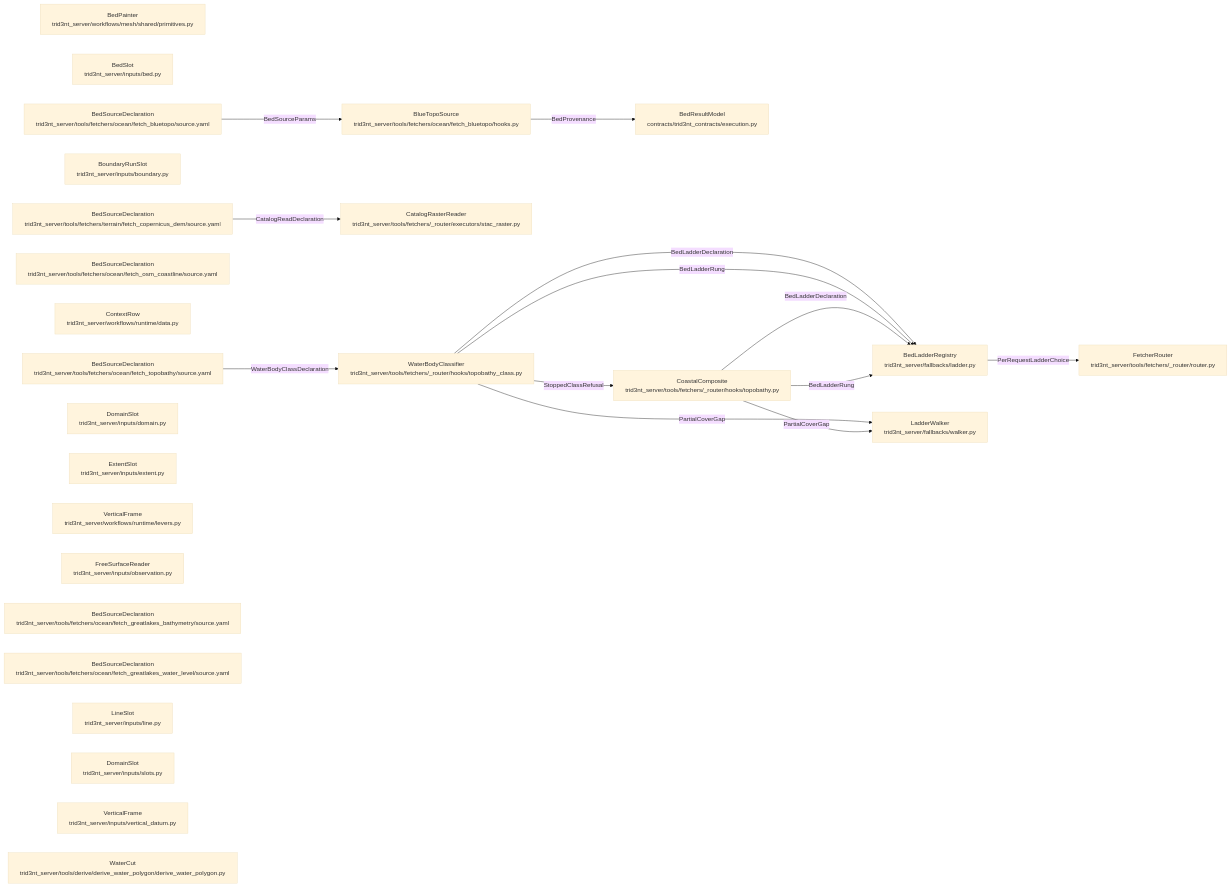
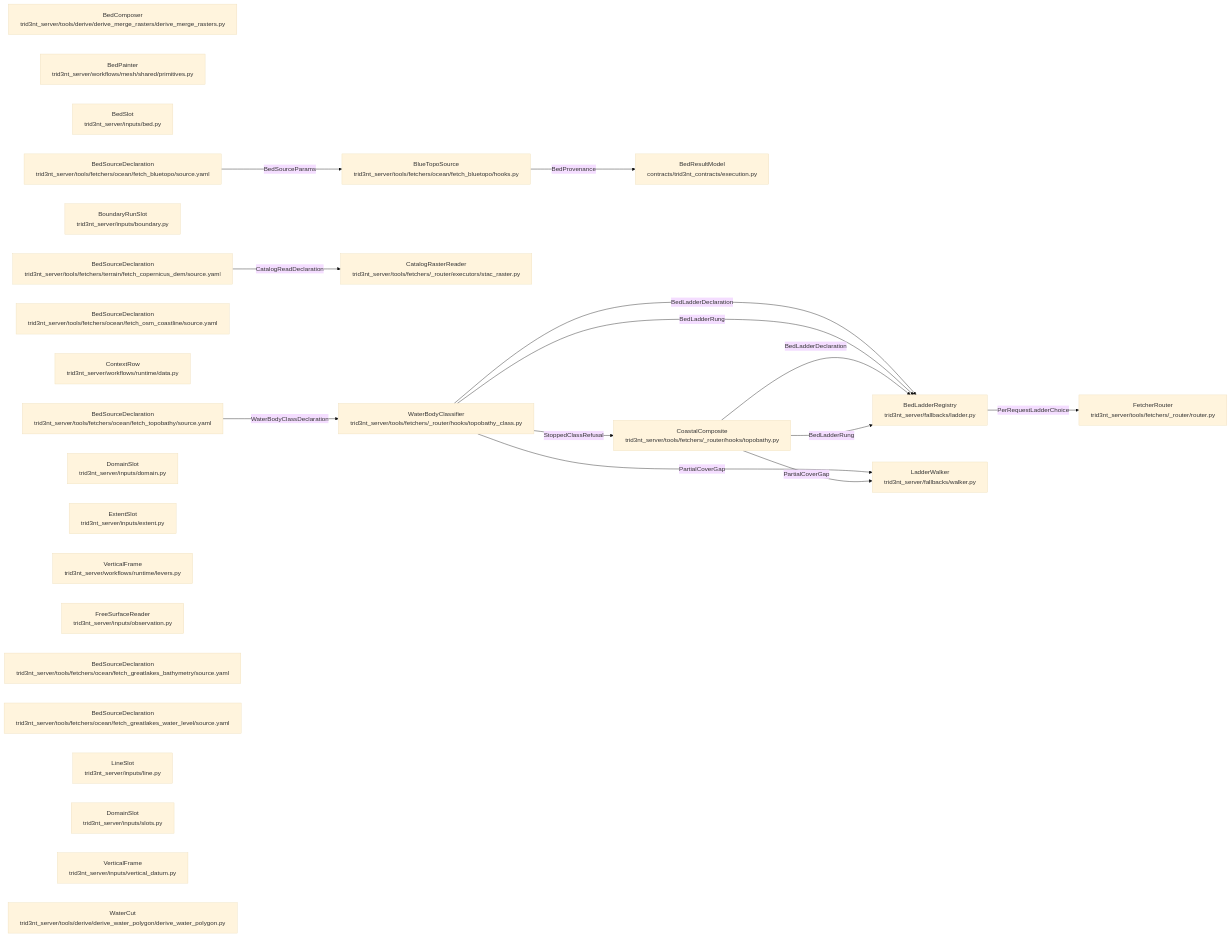
Before and after one commit to double-r-squared/trid3nt-qgis-plugin: the diagram in docs/model/data-seam-view.md, drawn with Mermaid (base theme). The commit also changed other lines of this file and 37 other files, not shown here.

````diff
--- a/docs/model/data-seam-view.md
+++ b/docs/model/data-seam-view.md
@@ -9,41 +9,42 @@
 ```mermaid
 flowchart LR
+    bedComposer["BedComposer<br/>trid3nt_server/tools/derive/derive_merge_rasters/derive_merge_rasters.py"]
     bedLadderRegistry["BedLadderRegistry<br/>trid3nt_server/fallbacks/ladder.py"]
     bedPainter["BedPainter<br/>trid3nt_server/workflows/mesh/shared/primitives.py"]
     bedResultModel["BedResultModel<br/>contracts/trid3nt_contracts/execution.py"]
     bedSlot["BedSlot<br/>trid3nt_server/inputs/bed.py"]
     blueTopoDeclaration["BedSourceDeclaration<br/>trid3nt_server/tools/fetchers/ocean/fetch_bluetopo/source.yaml"]
     blueTopoSource["BlueTopoSource<br/>trid3nt_server/tools/fetchers/ocean/fetch_bluetopo/hooks.py"]
     boundaryRunSlot["BoundaryRunSlot<br/>trid3nt_server/inputs/boundary.py"]
     coastalComposite["CoastalComposite<br/>trid3nt_server/tools/fetchers/_router/hooks/topobathy.py"]
     coastalDeclaration["BedSourceDeclaration<br/>trid3nt_server/tools/fetchers/ocean/fetch_topobathy/source.yaml"]
     coastlineDeclaration["BedSourceDeclaration<br/>trid3nt_server/tools/fetchers/ocean/fetch_osm_coastline/source.yaml"]
     contextRow["ContextRow<br/>trid3nt_server/workflows/runtime/data.py"]
     copernicusDeclaration["BedSourceDeclaration<br/>trid3nt_server/tools/fetchers/terrain/fetch_copernicus_dem/source.yaml"]
     domainSlot["DomainSlot<br/>trid3nt_server/inputs/domain.py"]
     extentSlot["ExtentSlot<br/>trid3nt_server/inputs/extent.py"]
     fetcherRouter["FetcherRouter<br/>trid3nt_server/tools/fetchers/_router/router.py"]
     frameLever["VerticalFrame<br/>trid3nt_server/workflows/runtime/levers.py"]
     freeSurfaceReader["FreeSurfaceReader<br/>trid3nt_server/inputs/observation.py"]
     ladderWalker["LadderWalker<br/>trid3nt_server/fallbacks/walker.py"]
     lakeDeclaration["BedSourceDeclaration<br/>trid3nt_server/tools/fetchers/ocean/fetch_greatlakes_bathymetry/source.yaml"]
     lakeLevelDeclaration["BedSourceDeclaration<br/>trid3nt_server/tools/fetchers/ocean/fetch_greatlakes_water_level/source.yaml"]
     lineSlot["LineSlot<br/>trid3nt_server/inputs/line.py"]
     slotDoor["DomainSlot<br/>trid3nt_server/inputs/slots.py"]
     stacRasterReader["CatalogRasterReader<br/>trid3nt_server/tools/fetchers/_router/executors/stac_raster.py"]
     verticalFrame["VerticalFrame<br/>trid3nt_server/inputs/vertical_datum.py"]
     waterBodyClassifier["WaterBodyClassifier<br/>trid3nt_server/tools/fetchers/_router/hooks/topobathy_class.py"]
     waterCut["WaterCut<br/>trid3nt_server/tools/derive/derive_water_polygon/derive_water_polygon.py"]
     blueTopoSource -- "BedProvenance" --> bedResultModel
     blueTopoDeclaration -- "BedSourceParams" --> blueTopoSource
     copernicusDeclaration -- "CatalogReadDeclaration" --> stacRasterReader
     waterBodyClassifier -- "PartialCoverGap" --> ladderWalker
     waterBodyClassifier -- "BedLadderDeclaration" --> bedLadderRegistry
     waterBodyClassifier -- "BedLadderRung" --> bedLadderRegistry
     coastalDeclaration -- "WaterBodyClassDeclaration" --> waterBodyClassifier
     coastalComposite -- "PartialCoverGap" --> ladderWalker
     coastalComposite -- "BedLadderDeclaration" --> bedLadderRegistry
     coastalComposite -- "BedLadderRung" --> bedLadderRegistry
     bedLadderRegistry -- "PerRequestLadderChoice" --> fetcherRouter
     waterBodyClassifier -- "StoppedClassRefusal" --> coastalComposite
 ```
````
